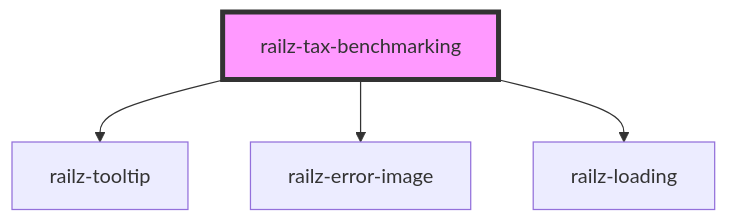
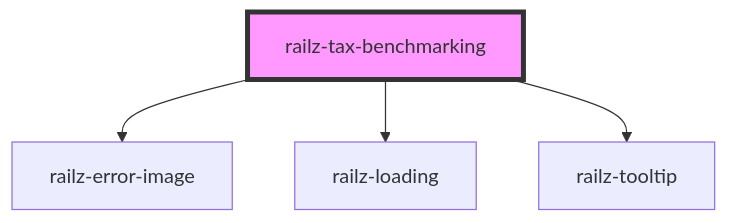
Before and after one commit to railz-ai/railz-visualizations: the diagram in packages/components/src/elements/tax-benchmarking/readme.md, drawn with Mermaid. The commit also changed other lines of this file and 6 other files, not shown here.

Commit message:
update tax benchmarking component

````diff
--- a/packages/components/src/elements/tax-benchmarking/readme.md
+++ b/packages/components/src/elements/tax-benchmarking/readme.md
@@ -23,7 +23,7 @@
 ```mermaid
 graph TD;
-  railz-tax-benchmarking --> railz-tooltip
   railz-tax-benchmarking --> railz-error-image
   railz-tax-benchmarking --> railz-loading
+  railz-tax-benchmarking --> railz-tooltip
   style railz-tax-benchmarking fill:#f9f,stroke:#333,stroke-width:4px
 ```
````
